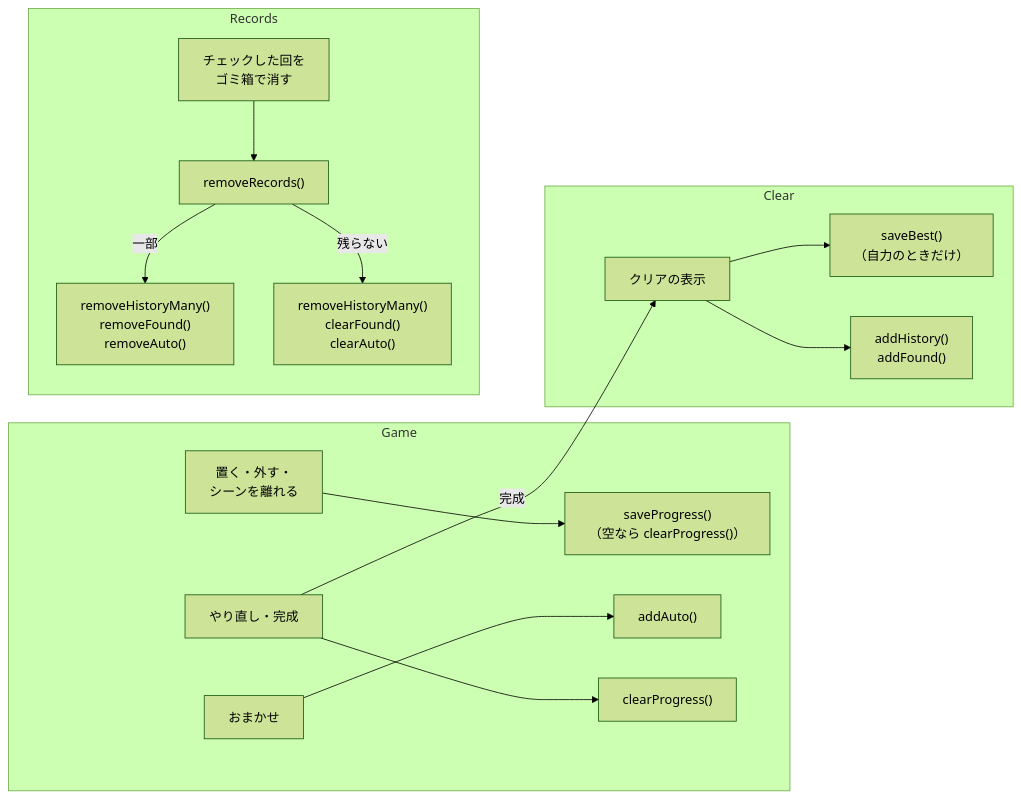
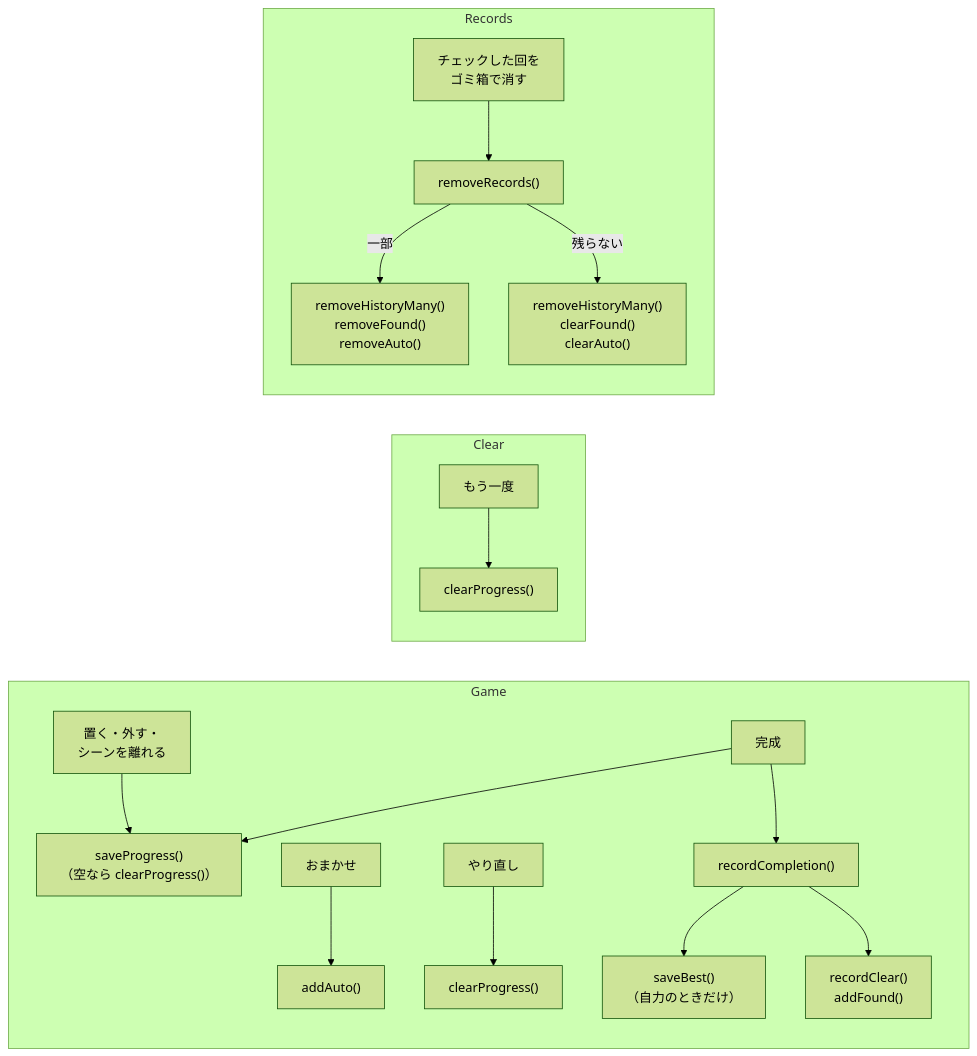
Before and after one commit to ytani01/pentomino-puzzle: the third of 3 diagrams in docs/developer.md, drawn with Mermaid (forest theme). The commit also changed other lines of this file and 25 other files, not shown here.

````diff
--- a/docs/developer.md
+++ b/docs/developer.md
@@ -411,18 +429,20 @@
 ```mermaid
 flowchart LR
   subgraph Game
     G1["置く・外す・<br>シーンを離れる"] --> P["saveProgress()<br>（空なら clearProgress()）"]
     G2["おまかせ"] --> A["addAuto()"]
-    G3["やり直し・完成"] --> C["clearProgress()"]
+    G3["やり直し"] --> C["clearProgress()"]
+    G4["完成"] --> RC["recordCompletion()"]
+    RC --> B["saveBest()<br>（自力のときだけ）"]
+    RC --> H["recordClear()<br>addFound()"]
+    G4 --> P
   end
   subgraph Clear
-    K["クリアの表示"] --> B["saveBest()<br>（自力のときだけ）"]
-    K --> H["addHistory()<br>addFound()"]
+    K["もう一度"] --> C2["clearProgress()"]
   end
   subgraph Records
     R1["チェックした回を<br>ゴミ箱で消す"] --> RM["removeRecords()"]
     RM -- "一部" --> RP["removeHistoryMany()<br>removeFound()<br>removeAuto()"]
     RM -- "残らない" --> CL["removeHistoryMany()<br>clearFound()<br>clearAuto()"]
   end
-  G3 -- "完成" --> K
 ```
````
